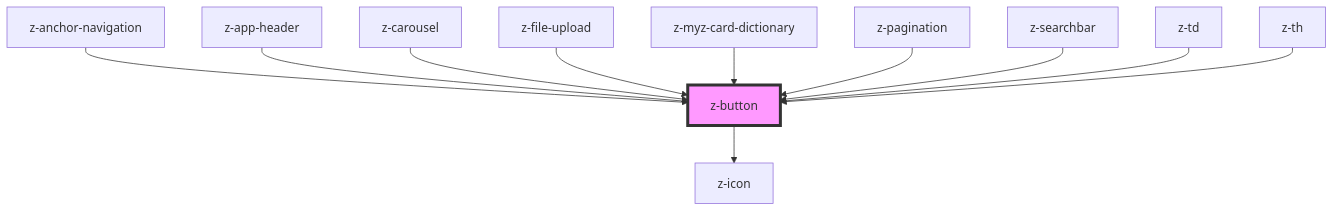
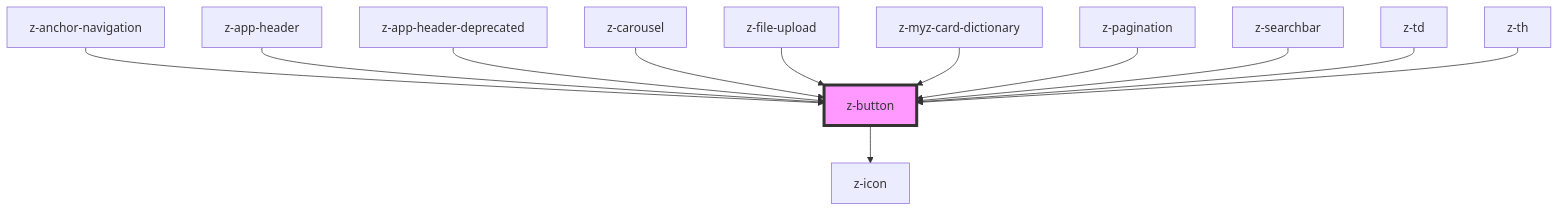
Before and after one commit to ZanichelliEditore/design-system: the diagram in src/components/z-button/readme.md, drawn with Mermaid. The commit also changed other lines of this file and 20 other files, not shown here.

````diff
--- a/src/components/z-button/readme.md
+++ b/src/components/z-button/readme.md
@@ -51,14 +52,15 @@
 ```mermaid
 graph TD;
   z-button --> z-icon
   z-anchor-navigation --> z-button
   z-app-header --> z-button
+  z-app-header-deprecated --> z-button
   z-carousel --> z-button
   z-file-upload --> z-button
   z-myz-card-dictionary --> z-button
   z-pagination --> z-button
   z-searchbar --> z-button
   z-td --> z-button
   z-th --> z-button
   style z-button fill:#f9f,stroke:#333,stroke-width:4px
 ```
````
